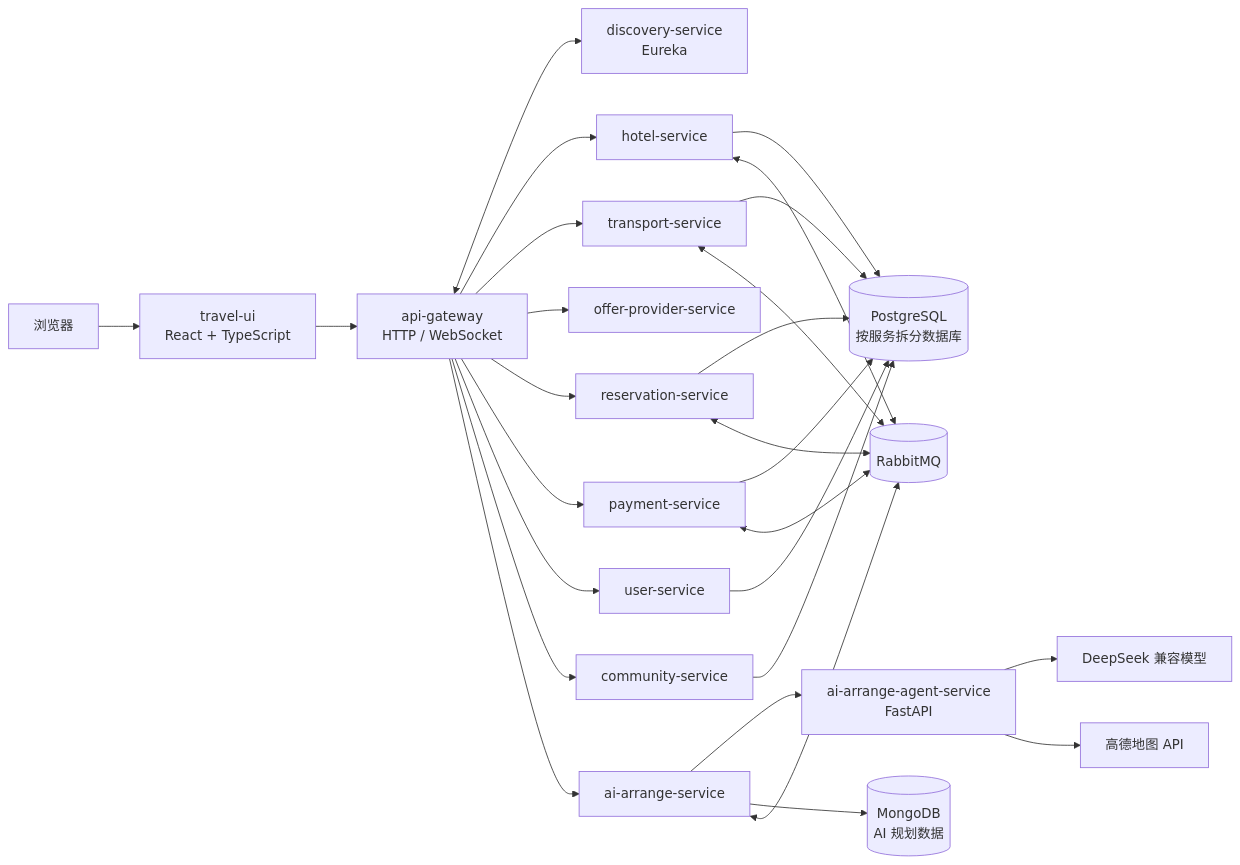
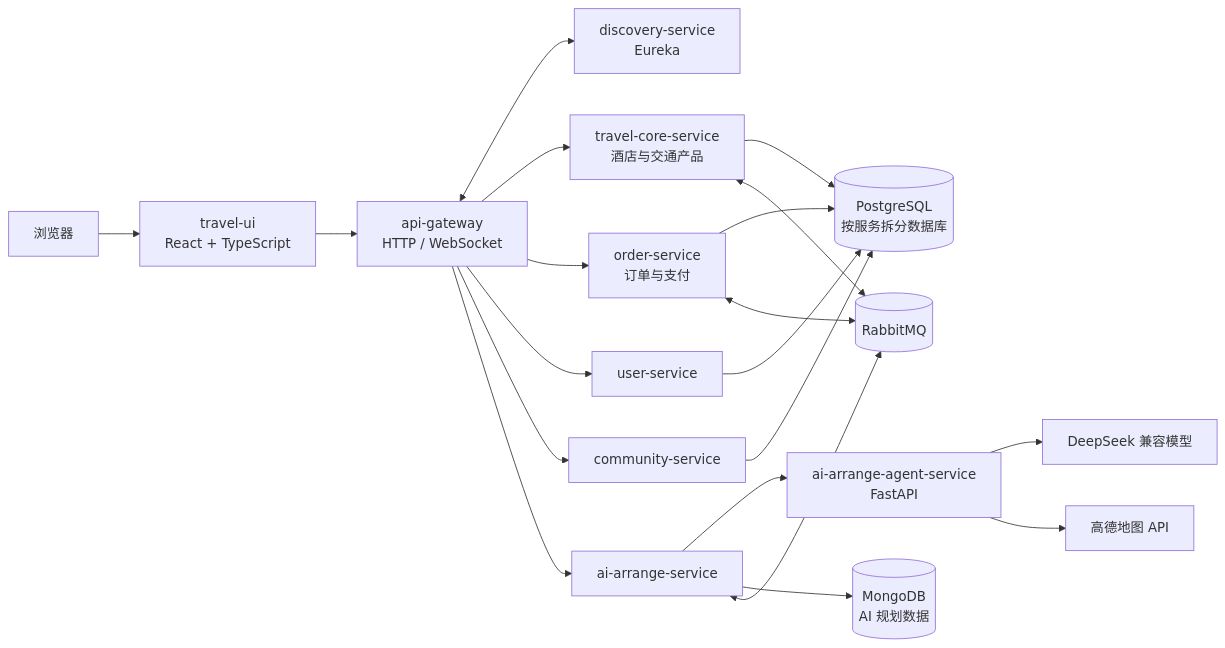
One commit to QzlabQ/TravelOn changed the first of 9 diagrams in docs/概要设计.md. Above: the diagram before and after it, drawn with Mermaid. The commit also changed other lines of this file and 11 other files, not shown here.

````diff
--- a/docs/概要设计.md
+++ b/docs/概要设计.md
@@ -195,50 +195,40 @@
 ```mermaid
 flowchart LR
     Browser["浏览器"]
     UI["travel-ui<br/>React + TypeScript"]
     Gateway["api-gateway<br/>HTTP / WebSocket"]
     Discovery["discovery-service<br/>Eureka"]
-    Hotel["hotel-service"]
-    Transport["transport-service"]
-    Offer["offer-provider-service"]
-    Reservation["reservation-service"]
-    Payment["payment-service"]
+    TravelCore["travel-core-service<br/>酒店与交通产品"]
+    Order["order-service<br/>订单与支付"]
     User["user-service"]
     Community["community-service"]
     AiArrange["ai-arrange-service"]
     Agent["ai-arrange-agent-service<br/>FastAPI"]
     Postgres[("PostgreSQL<br/>按服务拆分数据库")]
     Mongo[("MongoDB<br/>AI 规划数据")]
     Rabbit[("RabbitMQ")]
     Model["DeepSeek 兼容模型"]
     Amap["高德地图 API"]
 
     Browser --> UI
     UI --> Gateway
     Gateway <--> Discovery
-    Gateway --> Hotel
-    Gateway --> Transport
-    Gateway --> Offer
-    Gateway --> Reservation
-    Gateway --> Payment
+    Gateway --> TravelCore
+    Gateway --> Order
     Gateway --> User
     Gateway --> Community
     Gateway --> AiArrange
     AiArrange --> Agent
     Agent --> Model
     Agent --> Amap
 
-    Hotel --> Postgres
-    Transport --> Postgres
-    Reservation --> Postgres
-    Payment --> Postgres
+    TravelCore --> Postgres
+    Order --> Postgres
     User --> Postgres
     Community --> Postgres
     AiArrange --> Mongo
 
-    Hotel <--> Rabbit
-    Transport <--> Rabbit
-    Reservation <--> Rabbit
-    Payment <--> Rabbit
+    TravelCore <--> Rabbit
+    Order <--> Rabbit
     AiArrange <--> Rabbit
 ```
````
